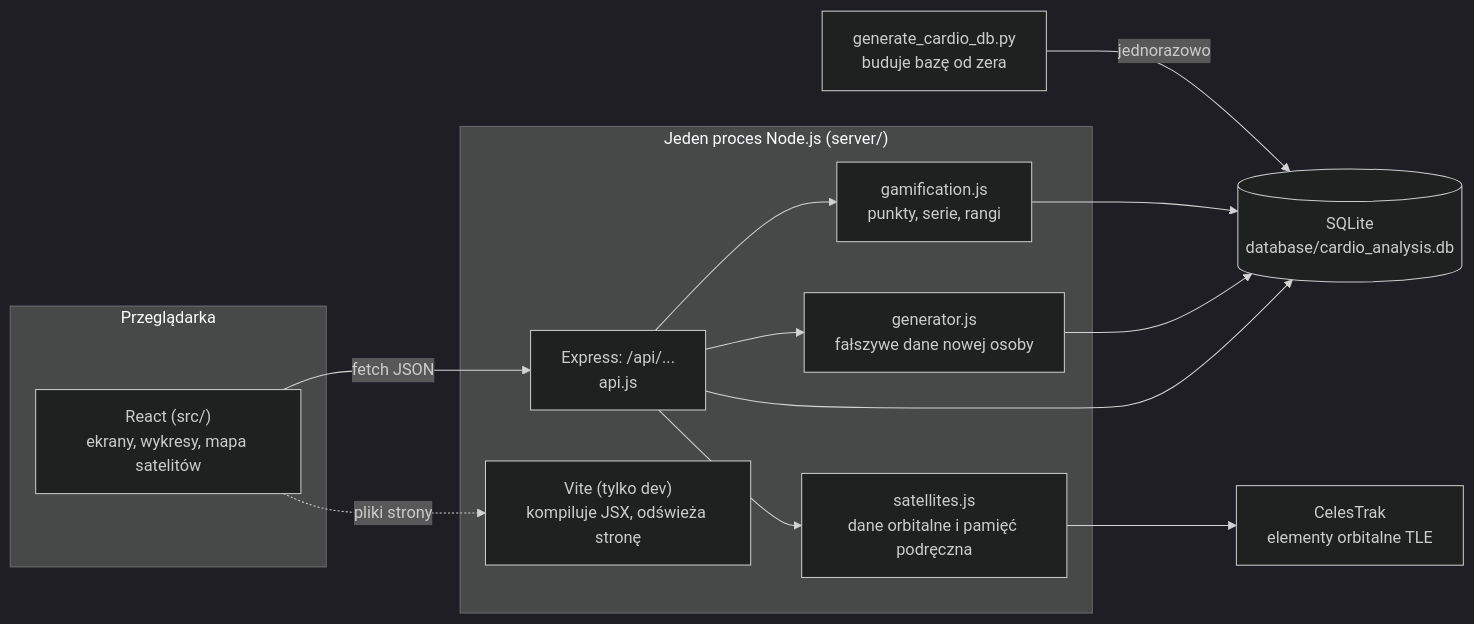
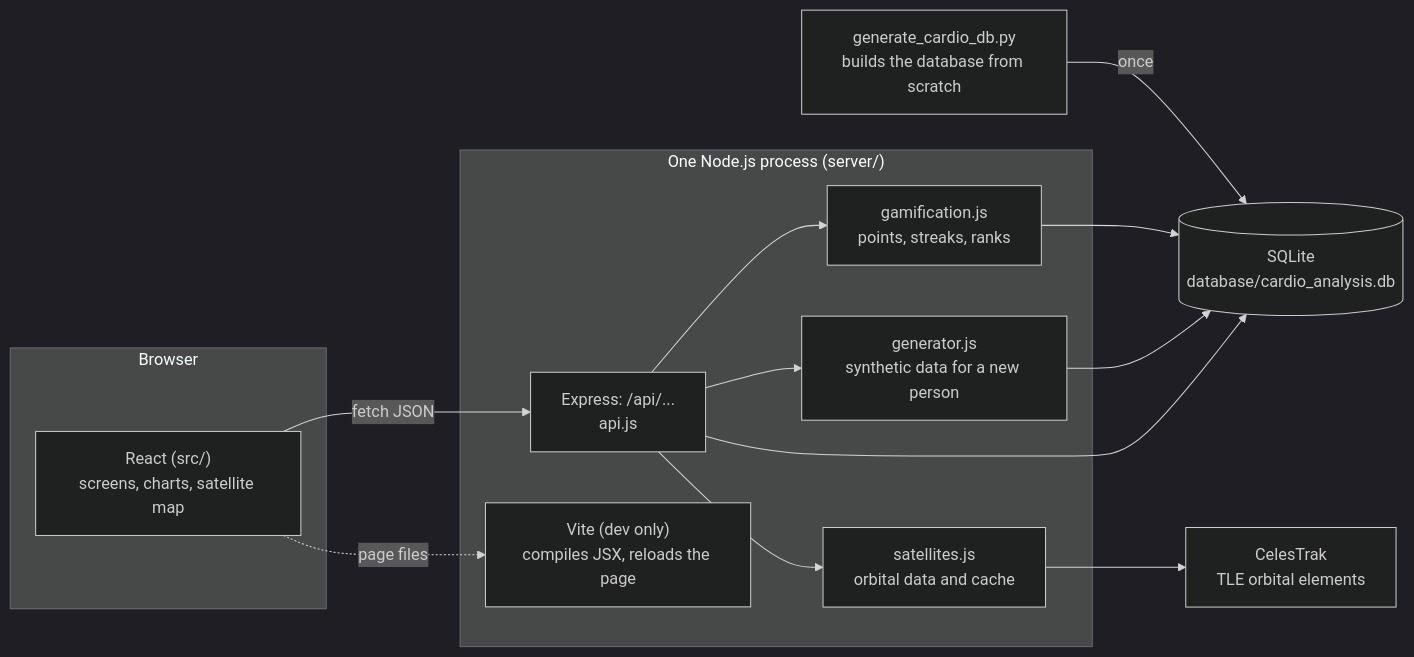
Before and after one commit to KacperModelu/HackatonHealthMonitoringSystem: the first of 3 diagrams in README.md, drawn with Mermaid (dark theme). The commit also changed other lines of this file and 3 other files, not shown here.

````diff
--- a/README.md
+++ b/README.md
@@ -87,27 +87,27 @@
 ```mermaid
 flowchart LR
-    subgraph Przegladarka["Przeglądarka"]
-        UI["React (src/)<br/>ekrany, wykresy, mapa satelitów"]
+    subgraph Browser["Browser"]
+        UI["React (src/)<br/>screens, charts, satellite map"]
     end
-    subgraph Node["Jeden proces Node.js (server/)"]
+    subgraph Node["One Node.js process (server/)"]
         API["Express: /api/...<br/>api.js"]
-        GEN["generator.js<br/>fałszywe dane nowej osoby"]
-        GAM["gamification.js<br/>punkty, serie, rangi"]
-        SAT["satellites.js<br/>dane orbitalne i pamięć podręczna"]
-        VITE["Vite (tylko dev)<br/>kompiluje JSX, odświeża stronę"]
+        GEN["generator.js<br/>synthetic data for a new person"]
+        GAM["gamification.js<br/>points, streaks, ranks"]
+        SAT["satellites.js<br/>orbital data and cache"]
+        VITE["Vite (dev only)<br/>compiles JSX, reloads the page"]
     end
     DB[("SQLite<br/>database/cardio_analysis.db")]
-    PY["generate_cardio_db.py<br/>buduje bazę od zera"]
-    CT["CelesTrak<br/>elementy orbitalne TLE"]
+    PY["generate_cardio_db.py<br/>builds the database from scratch"]
+    CT["CelesTrak<br/>TLE orbital elements"]
 
     UI -- "fetch JSON" --> API
-    UI -. "pliki strony" .-> VITE
+    UI -. "page files" .-> VITE
     API --> GEN
     API --> GAM
     API --> SAT
     SAT --> CT
     API --> DB
     GEN --> DB
     GAM --> DB
-    PY -- "jednorazowo" --> DB
+    PY -- "once" --> DB
 ```
````
